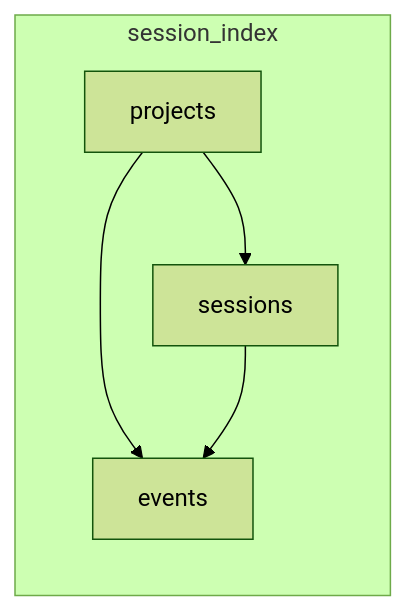
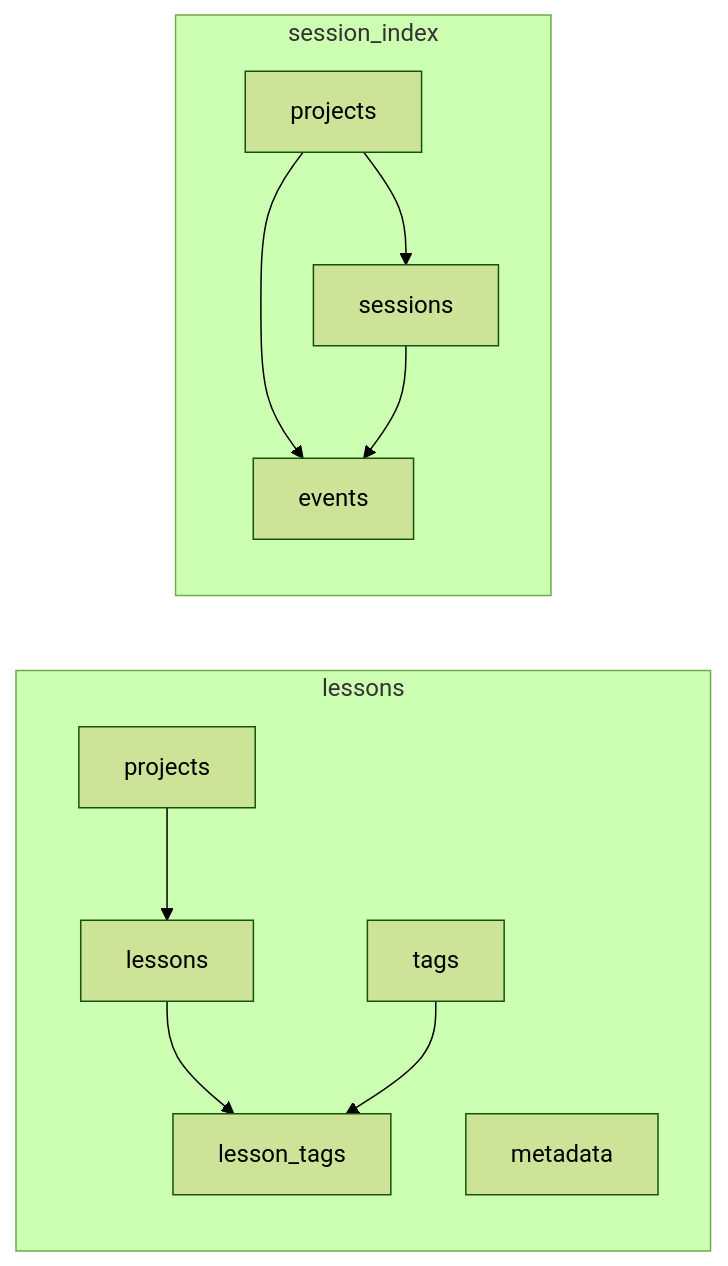
The diagram in scripts/session-search/schema-smith/output/schema_dependencies.mmd (DanielSuazoPavez/claude-toolkit), drawn with Mermaid (forest theme) before and after one commit. The commit also changed 7 other files, not shown here.

First line of the commit message:
feat: add lessons.db schema design — sqlite + tags + contextual surfacing

```diff
--- a/scripts/session-search/schema-smith/output/schema_dependencies.mmd
+++ b/scripts/session-search/schema-smith/output/schema_dependencies.mmd
@@ -1,7 +1,14 @@
 graph LR
+
+  subgraph lessons
+    lessons_lessons[lessons] --> lessons_lesson_tags[lesson_tags]
+    lessons_tags[tags] --> lessons_lesson_tags[lesson_tags]
+    lessons_projects[projects] --> lessons_lessons[lessons]
+    lessons_metadata[metadata]
+  end
 
   subgraph session_index
     session_index_projects[projects] --> session_index_events[events]
     session_index_sessions[sessions] --> session_index_events[events]
     session_index_projects[projects] --> session_index_sessions[sessions]
   end
```
